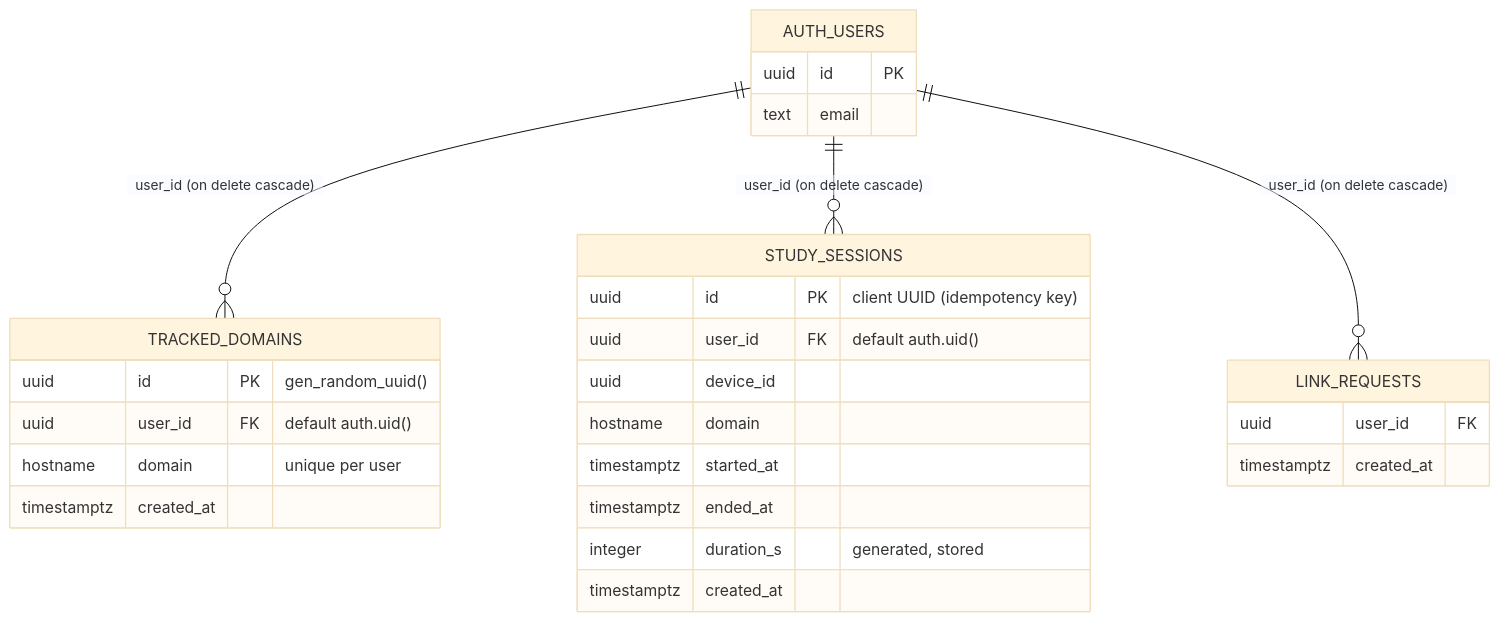
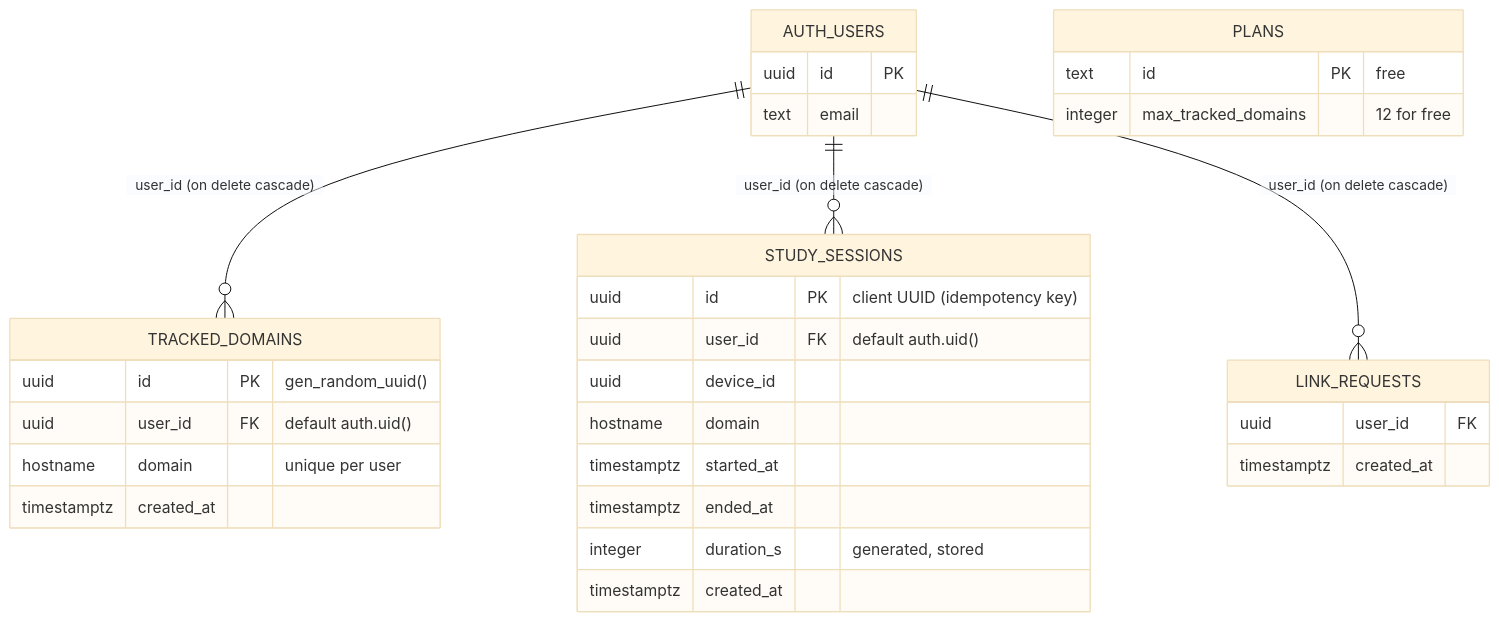
One commit to vbenedito/careeros changed the diagram in docs/architecture/database.md. Above: the diagram before and after it, drawn with Mermaid (base theme). The commit also changed other lines of this file and 9 other files, not shown here.

````diff
--- a/docs/architecture/database.md
+++ b/docs/architecture/database.md
@@ -9,31 +9,35 @@
 ```mermaid
 erDiagram
   AUTH_USERS ||--o{ TRACKED_DOMAINS : "user_id (on delete cascade)"
   AUTH_USERS ||--o{ STUDY_SESSIONS : "user_id (on delete cascade)"
   AUTH_USERS ||--o{ LINK_REQUESTS : "user_id (on delete cascade)"
 
   AUTH_USERS {
     uuid id PK
     text email
   }
   TRACKED_DOMAINS {
     uuid id PK "gen_random_uuid()"
     uuid user_id FK "default auth.uid()"
     hostname domain "unique per user"
     timestamptz created_at
   }
   STUDY_SESSIONS {
     uuid id PK "client UUID (idempotency key)"
     uuid user_id FK "default auth.uid()"
     uuid device_id
     hostname domain
     timestamptz started_at
     timestamptz ended_at
     integer duration_s "generated, stored"
     timestamptz created_at
   }
   LINK_REQUESTS {
     uuid user_id FK
     timestamptz created_at
   }
+  PLANS {
+    text id PK "free"
+    integer max_tracked_domains "12 for free"
+  }
 ```
````
